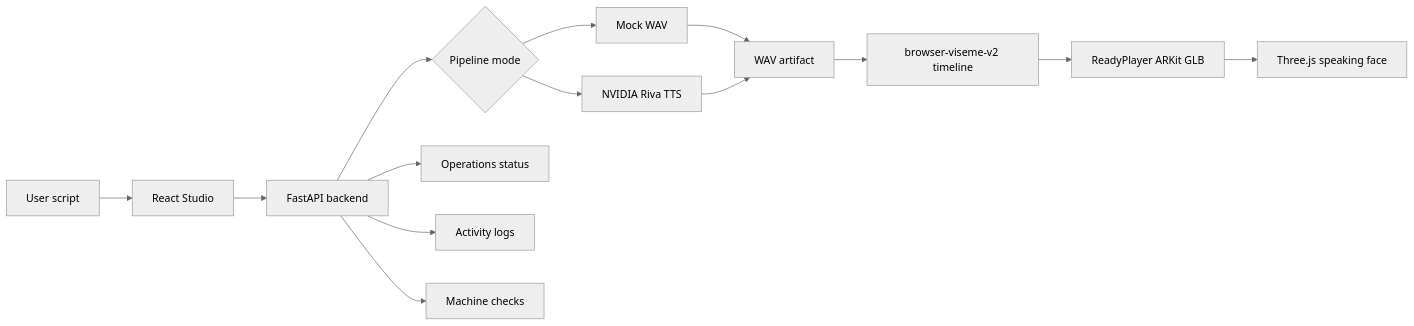
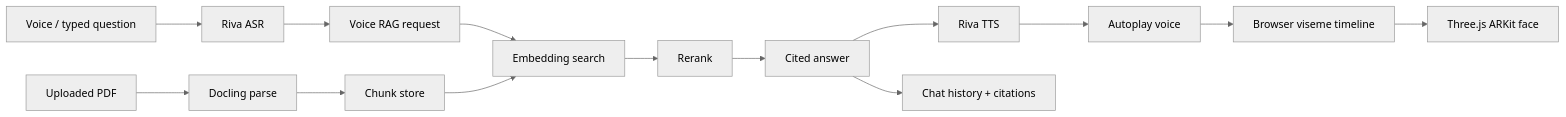
One commit to ambrouse/NVIDIARiva-Audio2Face-facespeed changed the diagram in README.md. Above: the diagram before and after it, drawn with Mermaid (neutral theme). The commit also changed other lines of this file and 112 other files, not shown here.

First line of the commit message:
release: harden voice rag product 2026-05-23

````diff
--- a/README.md
+++ b/README.md
@@ -68,16 +59,16 @@
 ```mermaid
 flowchart LR
-  User[User script] --> Studio[React Studio]
-  Studio --> API[FastAPI backend]
-  API --> Mode{Pipeline mode}
-  Mode --> Mock[Mock WAV]
-  Mode --> Riva[NVIDIA Riva TTS]
-  Mock --> WAV[WAV artifact]
-  Riva --> WAV
-  WAV --> Viseme[browser-viseme-v2 timeline]
-  Viseme --> Avatar[ReadyPlayer ARKit GLB]
-  Avatar --> Preview[Three.js speaking face]
-  API --> Ops[Operations status]
-  API --> Logs[Activity logs]
-  API --> Setup[Machine checks]
+  Mic[Voice / typed question] --> ASR[Riva ASR]
+  ASR --> Query[Voice RAG request]
+  PDF[Uploaded PDF] --> Docling[Docling parse]
+  Docling --> Chunks[Chunk store]
+  Query --> Embed[Embedding search]
+  Chunks --> Embed
+  Embed --> Rerank[Rerank]
+  Rerank --> Answer[Cited answer]
+  Answer --> TTS[Riva TTS]
+  TTS --> Audio[Autoplay voice]
+  Audio --> Timeline[Browser viseme timeline]
+  Timeline --> Avatar[Three.js ARKit face]
+  Answer --> Chat[Chat history + citations]
 ```
````
